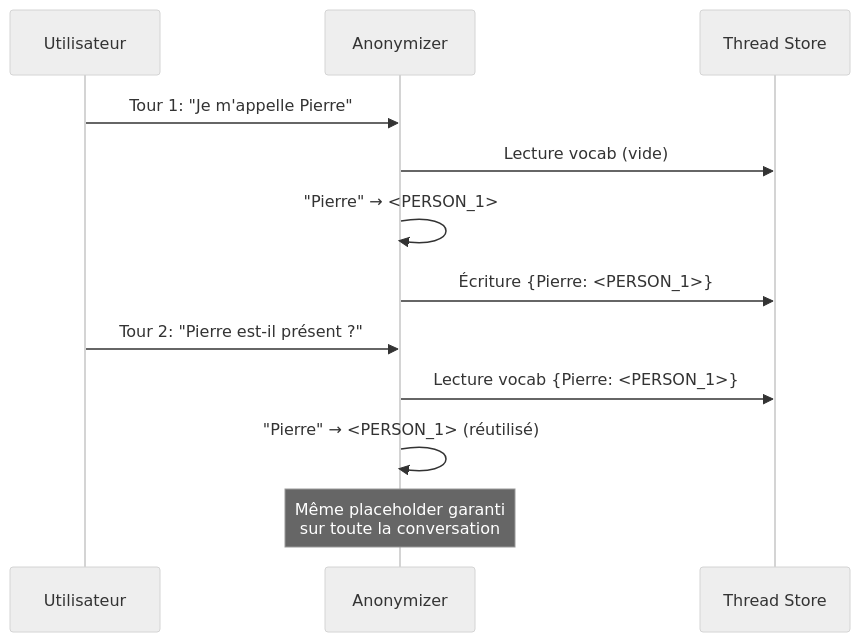
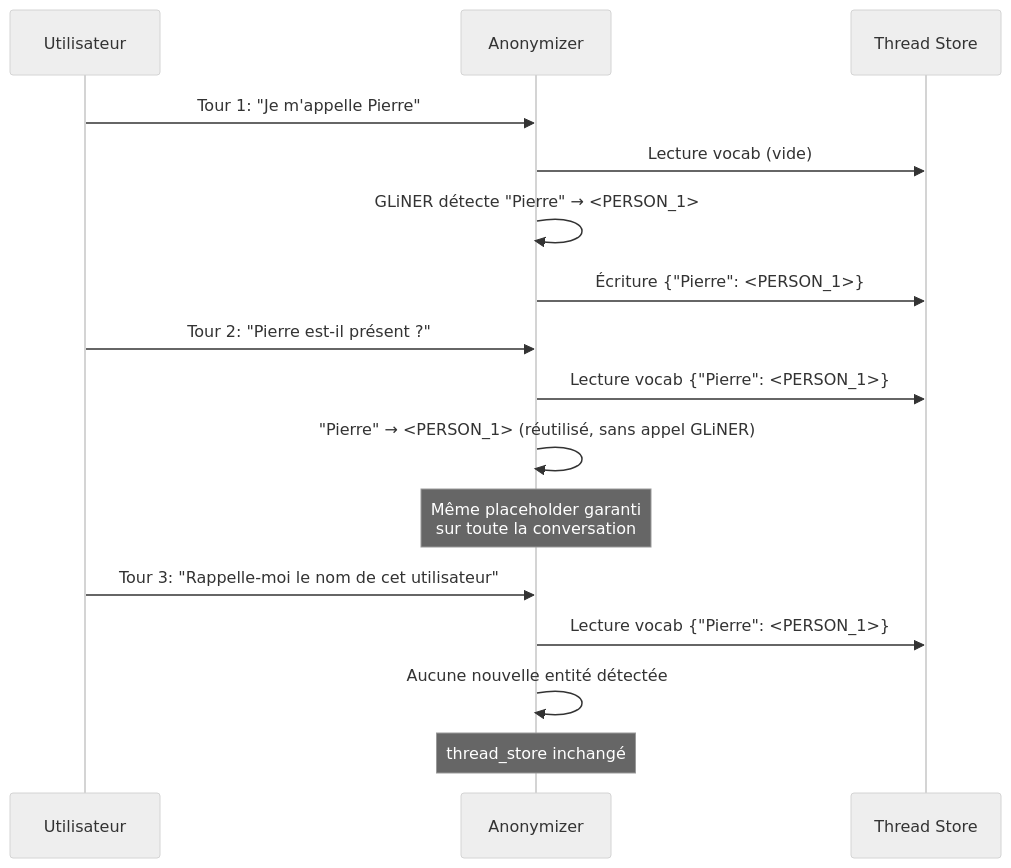
One commit to jamon8888/hacienda-ghost changed the fourth of 4 diagrams in docs/architecture.md. Above: the diagram before and after it, drawn with Mermaid (neutral theme). The commit also changed other lines of this file and 1 other file, not shown here.

````diff
--- a/docs/architecture.md
+++ b/docs/architecture.md
@@ -97,16 +157,21 @@
 ```mermaid
 sequenceDiagram
     participant U as Utilisateur
     participant A as Anonymizer
     participant TS as Thread Store
 
     U->>A: Tour 1: "Je m'appelle Pierre"
     A->>TS: Lecture vocab (vide)
-    A->>A: "Pierre" → <PERSON_1>
-    A->>TS: Écriture {Pierre: <PERSON_1>}
+    A->>A: GLiNER détecte "Pierre" → <PERSON_1>
+    A->>TS: Écriture {"Pierre": <PERSON_1>}
 
     U->>A: Tour 2: "Pierre est-il présent ?"
-    A->>TS: Lecture vocab {Pierre: <PERSON_1>}
-    A->>A: "Pierre" → <PERSON_1> (réutilisé)
+    A->>TS: Lecture vocab {"Pierre": <PERSON_1>}
+    A->>A: "Pierre" → <PERSON_1> (réutilisé, sans appel GLiNER)
     Note over A: Même placeholder garanti<br/>sur toute la conversation
+
+    U->>A: Tour 3: "Rappelle-moi le nom de cet utilisateur"
+    A->>TS: Lecture vocab {"Pierre": <PERSON_1>}
+    A->>A: Aucune nouvelle entité détectée
+    Note over A: thread_store inchangé
 ```
````
